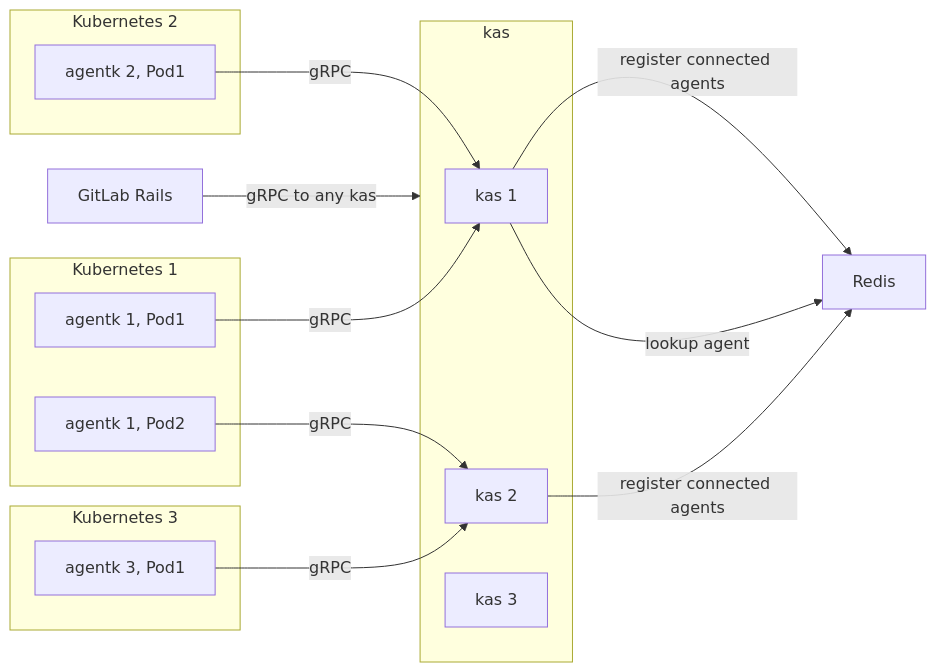
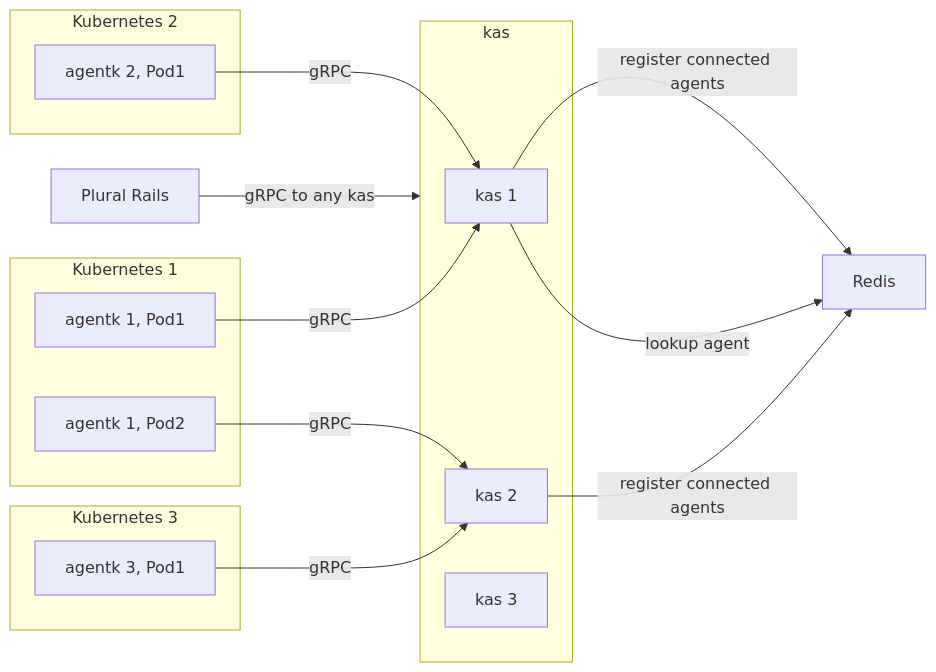
The first of 4 diagrams in doc/kas_request_routing.md (pluralsh/kubernetes-agent), drawn with Mermaid before and after one commit. The commit also changed other lines of this file and 31 other files, not shown here.

Commit message:
add audit logging to kas and replace most GitLab occurences with Plural

````diff
--- a/doc/kas_request_routing.md
+++ b/doc/kas_request_routing.md
@@ -25,34 +25,34 @@
 ```mermaid
 flowchart LR
   subgraph "Kubernetes 1"
     agentk1p1["agentk 1, Pod1"]
     agentk1p2["agentk 1, Pod2"]
   end
 
   subgraph "Kubernetes 2"
     agentk2p1["agentk 2, Pod1"]
   end
 
   subgraph "Kubernetes 3"
     agentk3p1["agentk 3, Pod1"]
   end
 
   subgraph kas
     kas1["kas 1"]
     kas2["kas 2"]
     kas3["kas 3"]
   end
 
-  GitLab["GitLab Rails"]
+  Plural["Plural Rails"]
   Redis
 
-  GitLab -- "gRPC to any kas" --> kas
+  Plural -- "gRPC to any kas" --> kas
   kas1 -- register connected agents --> Redis
   kas2 -- register connected agents --> Redis
   kas1 -- lookup agent --> Redis
 
   agentk1p1 -- "gRPC" --> kas1
   agentk1p2 -- "gRPC" --> kas2
   agentk2p1 -- "gRPC" --> kas1
   agentk3p1 -- "gRPC" --> kas2
 ```
````
